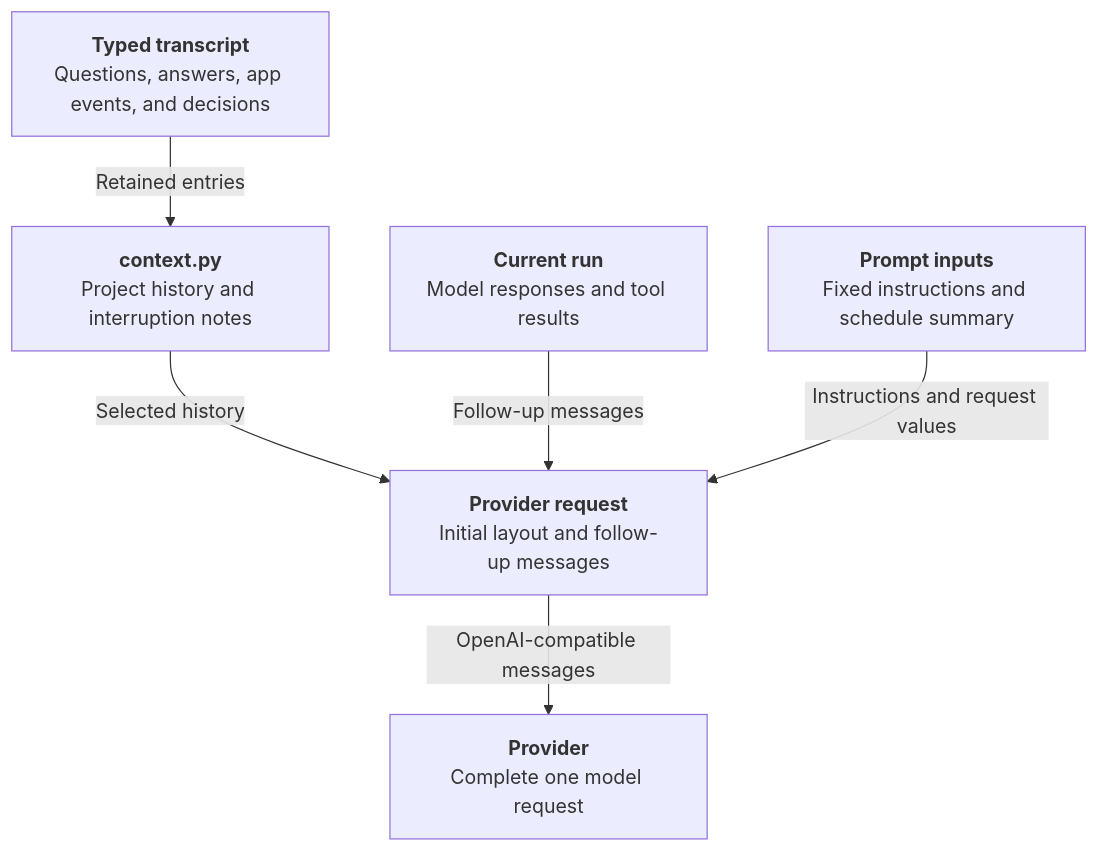
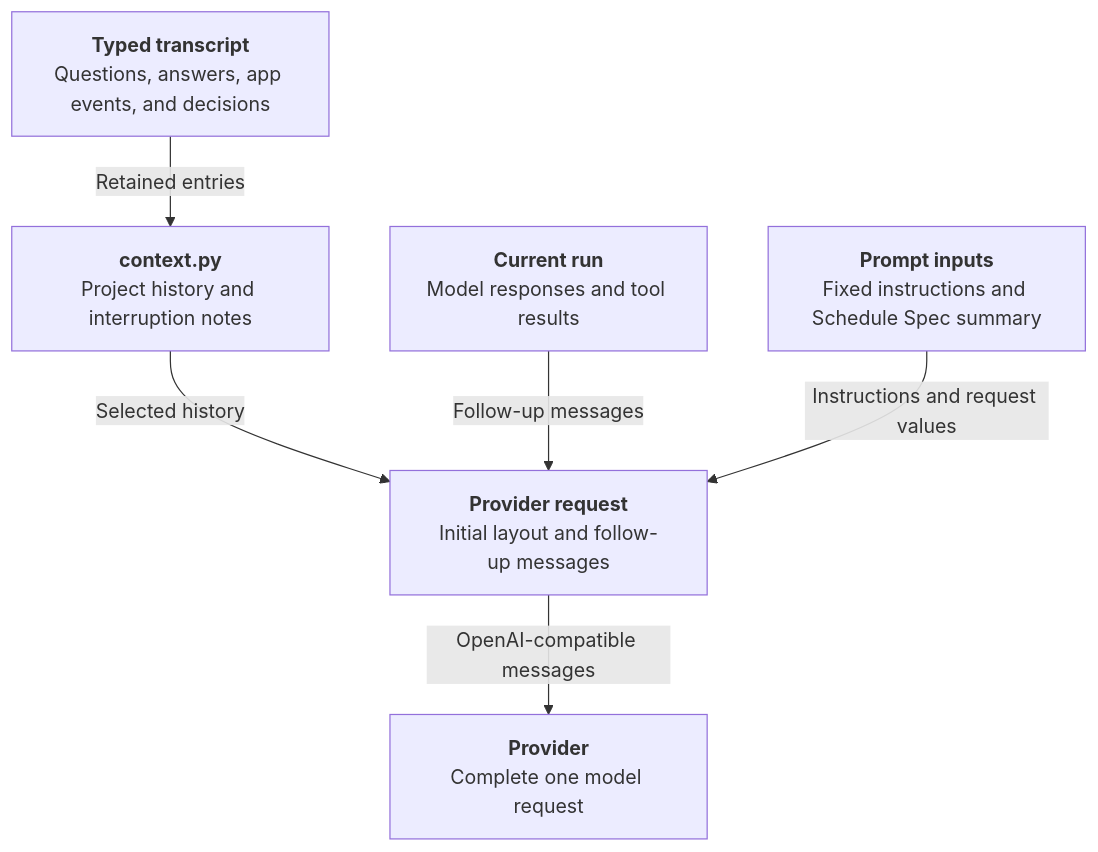
One commit to j3soon/nurse-scheduling changed the fourth of 6 diagrams in docs/content/developer-guide/ai-assistant.md. Above: the diagram before and after it, drawn with Mermaid. The commit also changed other lines of this file and 75 other files, not shown here.

````diff
--- a/docs/content/developer-guide/ai-assistant.md
+++ b/docs/content/developer-guide/ai-assistant.md
@@ -138,14 +138,14 @@
 ```mermaid
 flowchart TB
     Transcript["<b>Typed transcript</b><br/>Questions, answers, app events, and decisions"]
     Context["<b>context.py</b><br/>Project history and interruption notes"]
     Current["<b>Current run</b><br/>Model responses and tool results"]
-    Prompt["<b>Prompt inputs</b><br/>Fixed instructions and schedule summary"]
+    Prompt["<b>Prompt inputs</b><br/>Fixed instructions and Schedule Spec summary"]
     Request["<b>Provider request</b><br/>Initial layout and follow-up messages"]
     Provider["<b>Provider</b><br/>Complete one model request"]
     Transcript -->|Retained entries| Context
     Context -->|Selected history| Request
     Current -->|Follow-up messages| Request
     Prompt -->|Instructions and request values| Request
     Request -->|OpenAI-compatible messages| Provider
 ```
````
